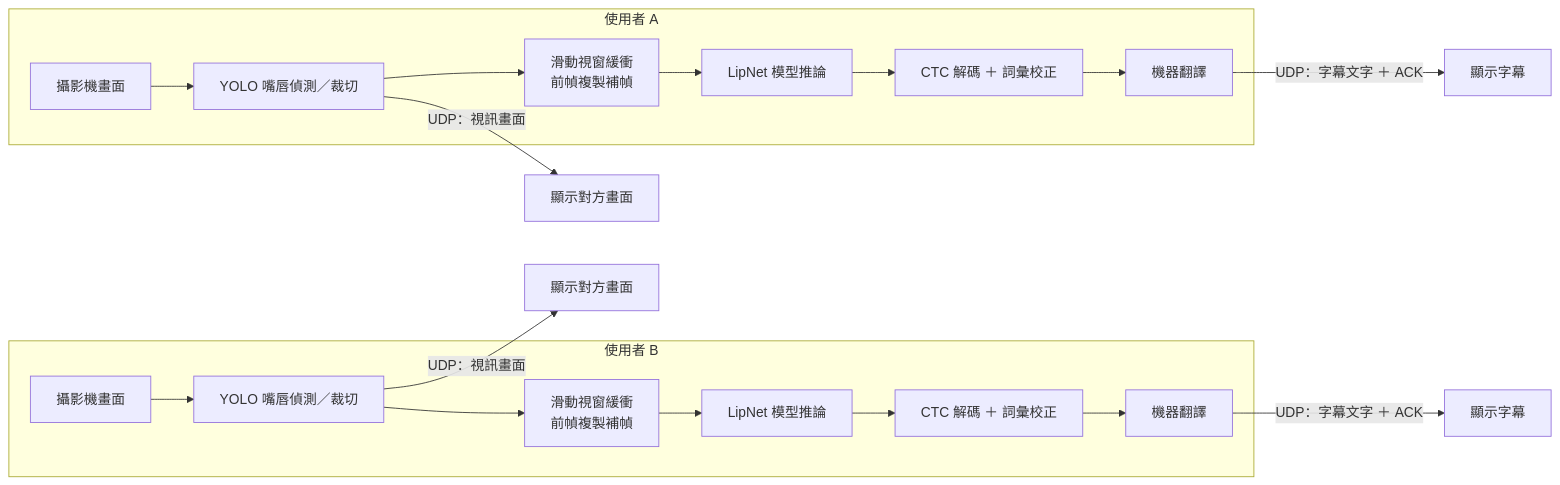
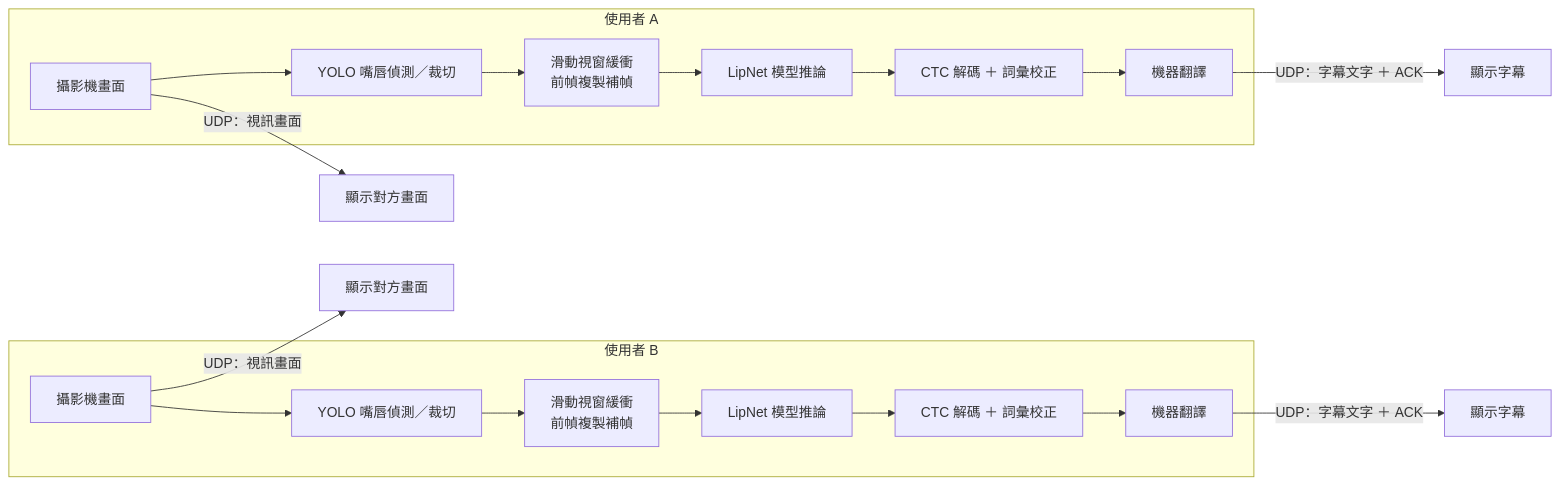
The diagram in README.md (st61223-commits/LipNet-lightweight), drawn with Mermaid before and after one commit. The commit also changed other lines of this file, not shown here.

Commit message:
修正系統架構圖：視訊畫面UDP傳輸應取自原始攝影機畫面而非YOLO偵測後結果

````diff
--- a/README.md
+++ b/README.md
@@ -108,23 +108,23 @@
 ```mermaid
 flowchart LR
     subgraph A["使用者 A"]
         A1[攝影機畫面] --> A2[YOLO 嘴唇偵測／裁切]
         A2 --> A3["滑動視窗緩衝<br/>前幀複製補幀"]
         A3 --> A4[LipNet 模型推論]
         A4 --> A5[CTC 解碼 ＋ 詞彙校正]
         A5 --> A6[機器翻譯]
     end
 
     subgraph B["使用者 B"]
         B1[攝影機畫面] --> B2[YOLO 嘴唇偵測／裁切]
         B2 --> B3["滑動視窗緩衝<br/>前幀複製補幀"]
         B3 --> B4[LipNet 模型推論]
         B4 --> B5[CTC 解碼 ＋ 詞彙校正]
         B5 --> B6[機器翻譯]
     end
 
-    A2 -- "UDP：視訊畫面" --> B7[顯示對方畫面]
+    A1 -- "UDP：視訊畫面" --> B7[顯示對方畫面]
     A6 -- "UDP：字幕文字 ＋ ACK" --> B8[顯示字幕]
-    B2 -- "UDP：視訊畫面" --> A7[顯示對方畫面]
+    B1 -- "UDP：視訊畫面" --> A7[顯示對方畫面]
     B6 -- "UDP：字幕文字 ＋ ACK" --> A8[顯示字幕]
 ```
````
